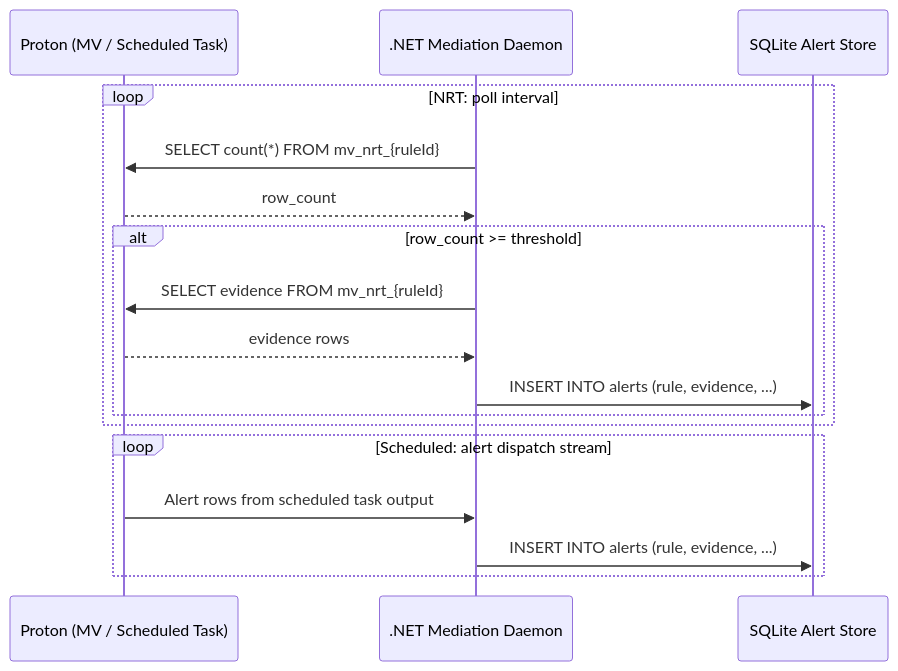
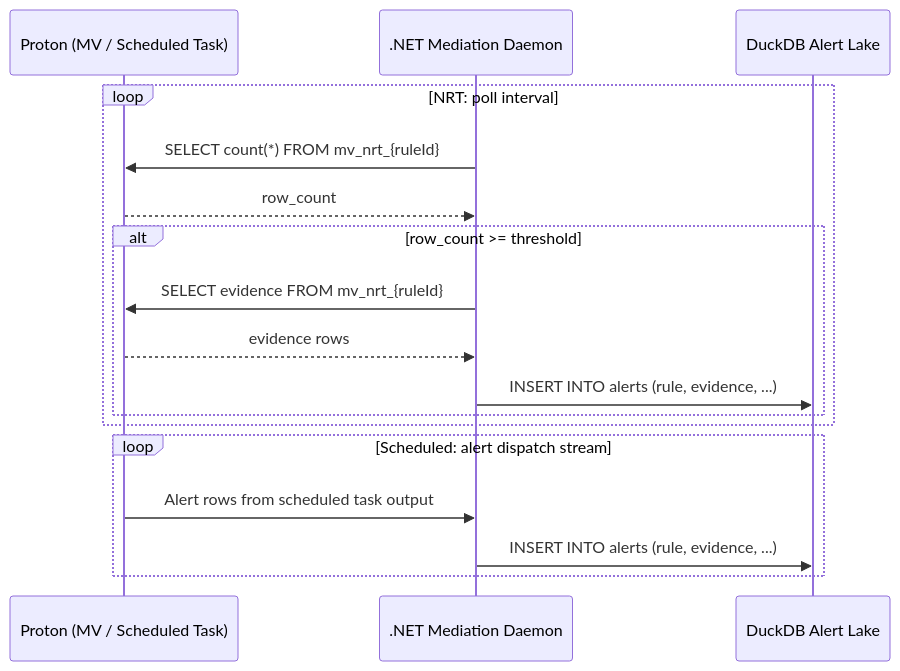
The fifth of 6 diagrams in docs/ARCHITECTURE.md (DeltaZulu-OU/DeltaZulu.Platform), drawn with Mermaid before and after one commit. The commit also changed other lines of this file, not shown here.

Commit message:
Document lake vs operational state data model decision

````diff
--- a/docs/ARCHITECTURE.md
+++ b/docs/ARCHITECTURE.md
@@ -506,21 +556,21 @@
 ```mermaid
 sequenceDiagram
     participant P as Proton (MV / Scheduled Task)
     participant D as .NET Mediation Daemon
-    participant S as SQLite Alert Store
+    participant L as DuckDB Alert Lake
 
     loop NRT: poll interval
         D->>P: SELECT count(*) FROM mv_nrt_{ruleId}
         P-->>D: row_count
         alt row_count >= threshold
             D->>P: SELECT evidence FROM mv_nrt_{ruleId}
             P-->>D: evidence rows
-            D->>S: INSERT INTO alerts (rule, evidence, ...)
+            D->>L: INSERT INTO alerts (rule, evidence, ...)
         end
     end
 
     loop Scheduled: alert dispatch stream
         P->>D: Alert rows from scheduled task output
-        D->>S: INSERT INTO alerts (rule, evidence, ...)
+        D->>L: INSERT INTO alerts (rule, evidence, ...)
     end
 ```
````
